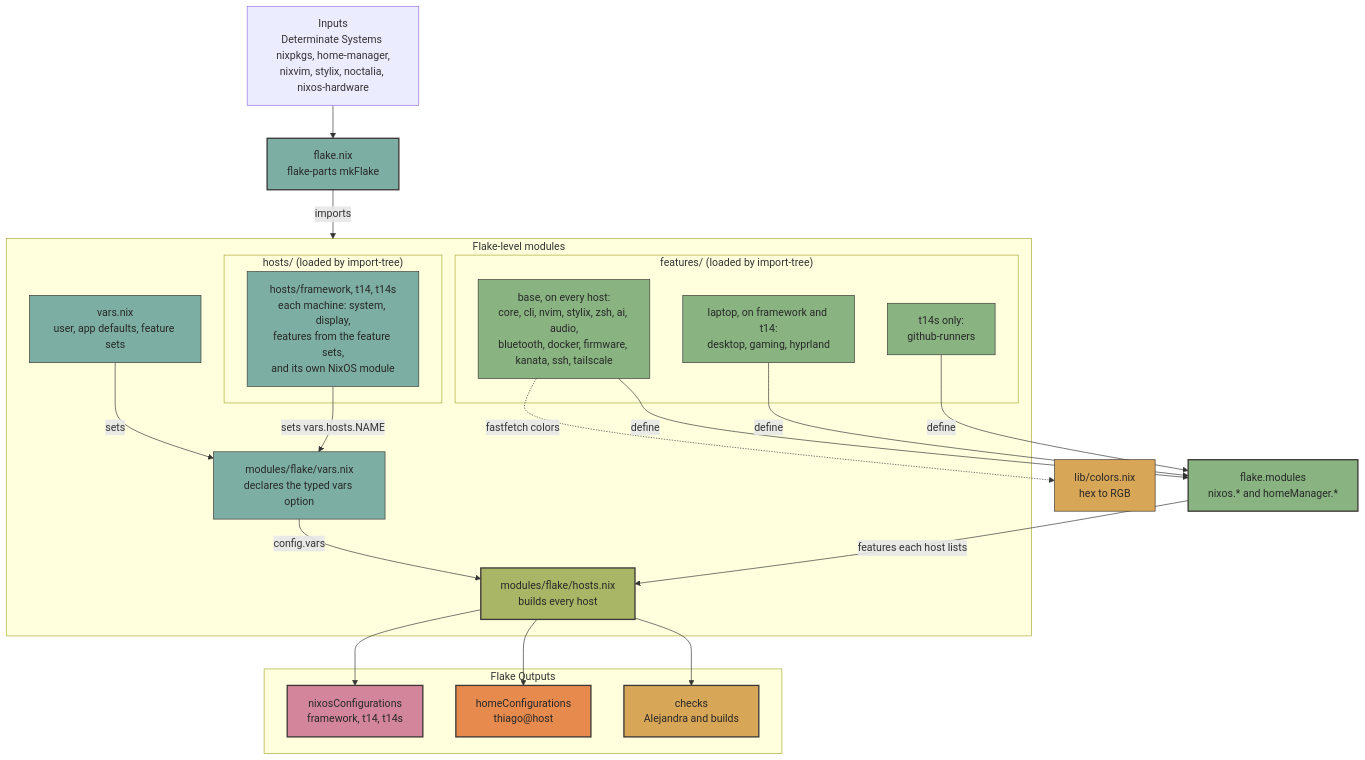
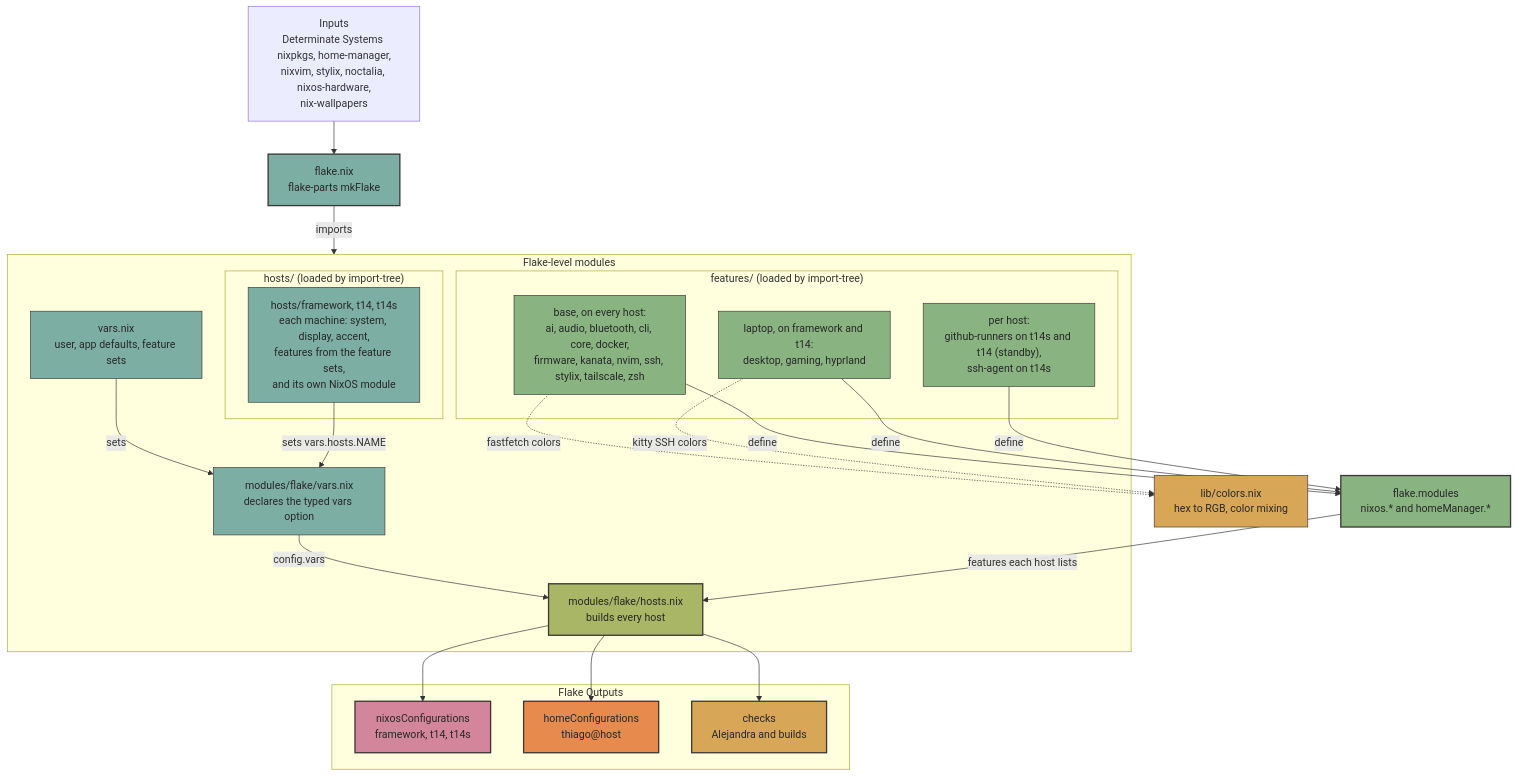
Before and after one commit to thiagokimo/nix-config: the diagram in README.md, drawn with Mermaid. The commit also changed other lines of this file, not shown here.

````diff
--- a/README.md
+++ b/README.md
@@ -70,57 +81,58 @@
 ```mermaid
 graph TD
-    Inputs["Inputs<br/>Determinate Systems nixpkgs, home-manager,<br/>nixvim, stylix, noctalia, nixos-hardware"] --> Flake
+    Inputs["Inputs<br/>Determinate Systems nixpkgs, home-manager,<br/>nixvim, stylix, noctalia, nixos-hardware,<br/>nix-wallpapers"] --> Flake
     Flake["flake.nix<br/>flake-parts mkFlake"]
 
     subgraph FlakeLevel ["Flake-level modules"]
         VarsOpt["modules/flake/vars.nix<br/>declares the typed vars option"]
         Vars["vars.nix<br/>user, app defaults, feature sets"]
         subgraph Features ["features/ (loaded by import-tree)"]
-            BaseF["base, on every host:<br/>core, cli, nvim, stylix, zsh, ai, audio,<br/>bluetooth, docker, firmware, kanata, ssh, tailscale"]
+            BaseF["base, on every host:<br/>ai, audio, bluetooth, cli, core, docker,<br/>firmware, kanata, nvim, ssh, stylix, tailscale, zsh"]
             LaptopF["laptop, on framework and t14:<br/>desktop, gaming, hyprland"]
-            ServerF["t14s only:<br/>github-runners"]
+            ServerF["per host:<br/>github-runners on t14s and t14 (standby),<br/>ssh-agent on t14s"]
         end
         subgraph Hosts ["hosts/ (loaded by import-tree)"]
-            HostFiles["hosts/framework, t14, t14s<br/>each machine: system, display,<br/>features from the feature sets,<br/>and its own NixOS module"]
+            HostFiles["hosts/framework, t14, t14s<br/>each machine: system, display, accent,<br/>features from the feature sets,<br/>and its own NixOS module"]
         end
         HostsMod["modules/flake/hosts.nix<br/>builds every host"]
     end
 
     Flake -->|imports| FlakeLevel
     Vars -->|sets| VarsOpt
     HostFiles -->|sets vars.hosts.NAME| VarsOpt
     BaseF -->|define| FlakeModules
     LaptopF -->|define| FlakeModules
     ServerF -->|define| FlakeModules
     FlakeModules["flake.modules<br/>nixos.* and homeManager.*"]
 
     VarsOpt -->|config.vars| HostsMod
     FlakeModules -->|features each host lists| HostsMod
 
     subgraph Outputs ["Flake Outputs"]
         NixOS["nixosConfigurations<br/>framework, t14, t14s"]
         HomeM["homeConfigurations<br/>thiago@host"]
         Checks["checks<br/>Alejandra and builds"]
     end
 
     HostsMod --> NixOS
     HostsMod --> HomeM
     HostsMod --> Checks
 
-    Colors["lib/colors.nix<br/>hex to RGB"]
+    Colors["lib/colors.nix<br/>hex to RGB, color mixing"]
     BaseF -.->|fastfetch colors| Colors
+    LaptopF -.->|kitty SSH colors| Colors
 
     style Flake fill:#7daea3,stroke:#3c3836,stroke-width:2px,color:#282828
     style VarsOpt fill:#7daea3,stroke:#3c3836,stroke-width:1px,color:#282828
     style Vars fill:#7daea3,stroke:#3c3836,stroke-width:1px,color:#282828
     style HostFiles fill:#7daea3,stroke:#3c3836,stroke-width:1px,color:#282828
     style BaseF fill:#89b482,stroke:#3c3836,stroke-width:1px,color:#282828
     style LaptopF fill:#89b482,stroke:#3c3836,stroke-width:1px,color:#282828
     style ServerF fill:#89b482,stroke:#3c3836,stroke-width:1px,color:#282828
     style FlakeModules fill:#89b482,stroke:#3c3836,stroke-width:2px,color:#282828
     style HostsMod fill:#a9b665,stroke:#3c3836,stroke-width:2px,color:#282828
     style Colors fill:#d8a657,stroke:#3c3836,stroke-width:1px,color:#282828
     style NixOS fill:#d3869b,stroke:#3c3836,stroke-width:2px,color:#282828
     style HomeM fill:#e78a4e,stroke:#3c3836,stroke-width:2px,color:#282828
     style Checks fill:#d8a657,stroke:#3c3836,stroke-width:2px,color:#282828
 ```
````
